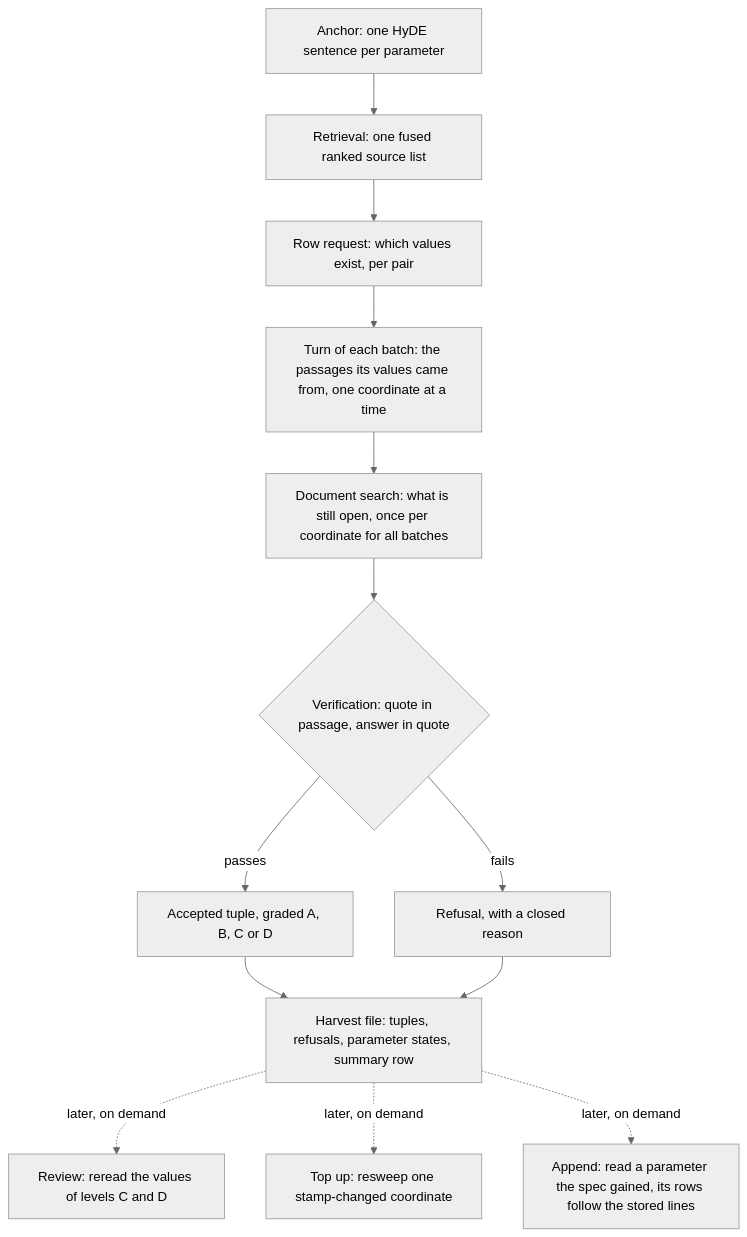
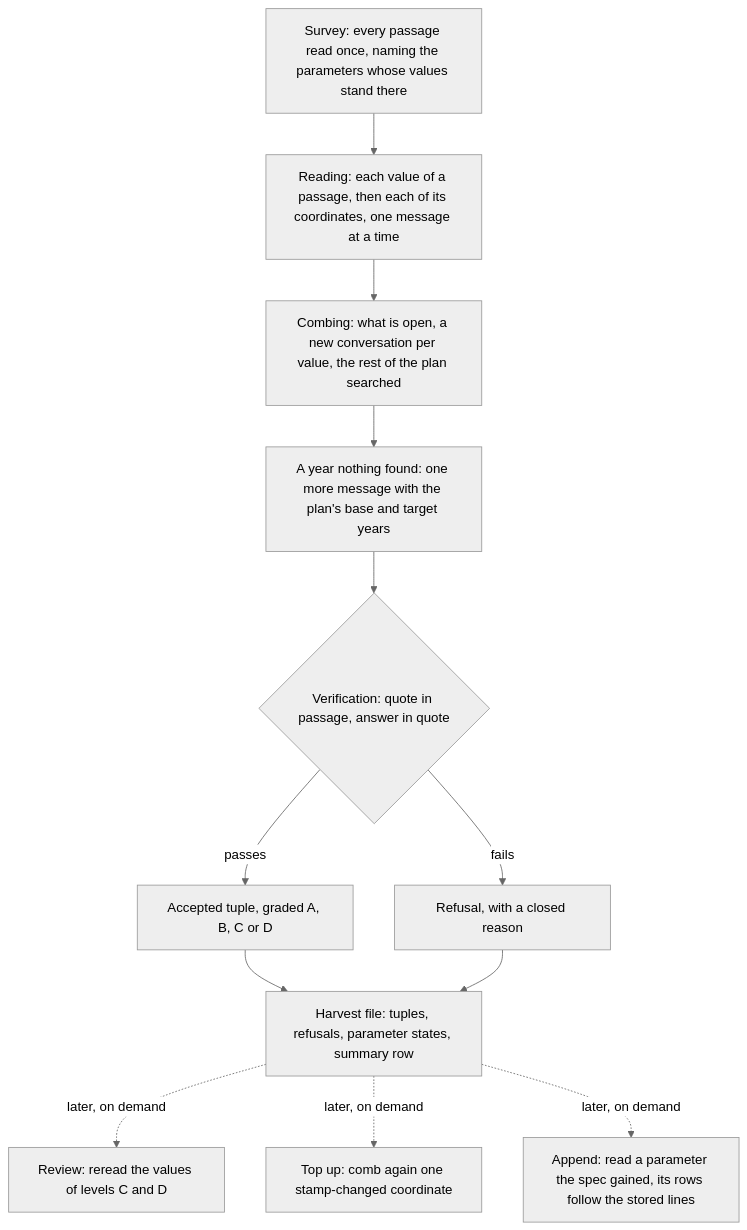
The first of 2 diagrams in docs/_intros/stages/extraction.md (OpenEnergyPlatform/municipal-heat-planning-pdf-processing), drawn with Mermaid (neutral theme) before and after one commit. The commit also changed other lines of this file and 115 other files, not shown here.

````diff
--- a/docs/_intros/stages/extraction.md
+++ b/docs/_intros/stages/extraction.md
@@ -43,15 +43,14 @@
 ```mermaid
 flowchart TD
-    anchor[Anchor: one HyDE sentence per parameter] --> retrieve[Retrieval: one fused ranked source list]
-    retrieve --> rows[Row request: which values exist, per pair]
-    rows --> turn[Turn of each batch: the passages its values came from, one coordinate at a time]
-    turn --> sweep[Document search: what is still open, once per coordinate for all batches]
-    sweep --> verify{Verification: quote in passage, answer in quote}
+    survey[Survey: every passage read once, naming the parameters whose values stand there] --> reading[Reading: each value of a passage, then each of its coordinates, one message at a time]
+    reading --> comb[Combing: what is open, a new conversation per value, the rest of the plan searched]
+    comb --> years[A year nothing found: one more message with the plan's base and target years]
+    years --> verify{Verification: quote in passage, answer in quote}
     verify -->|passes| tuple[Accepted tuple, graded A, B, C or D]
     verify -->|fails| refusal[Refusal, with a closed reason]
     tuple --> harvest[Harvest file: tuples, refusals, parameter states, summary row]
     refusal --> harvest
     harvest -. later, on demand .-> review[Review: reread the values of levels C and D]
-    harvest -. later, on demand .-> topup[Top up: resweep one stamp-changed coordinate]
+    harvest -. later, on demand .-> topup[Top up: comb again one stamp-changed coordinate]
     harvest -. later, on demand .-> append[Append: read a parameter the spec gained, its rows follow the stored lines]
 ```
````
